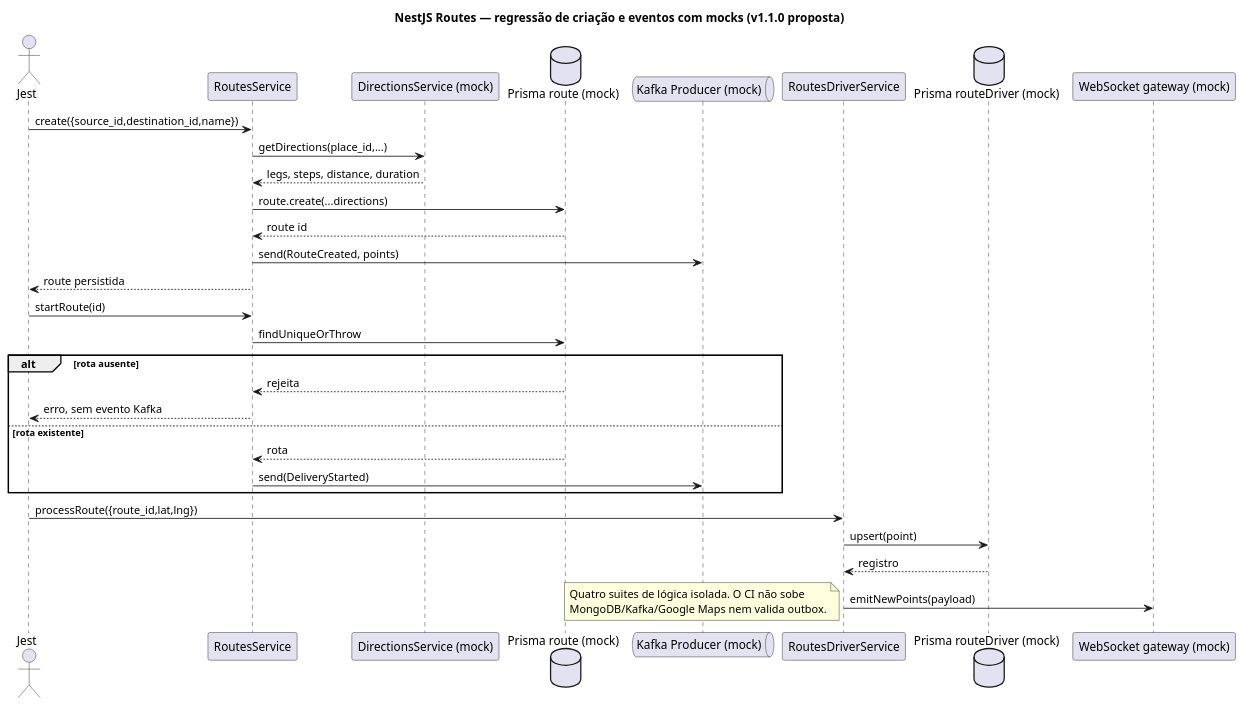
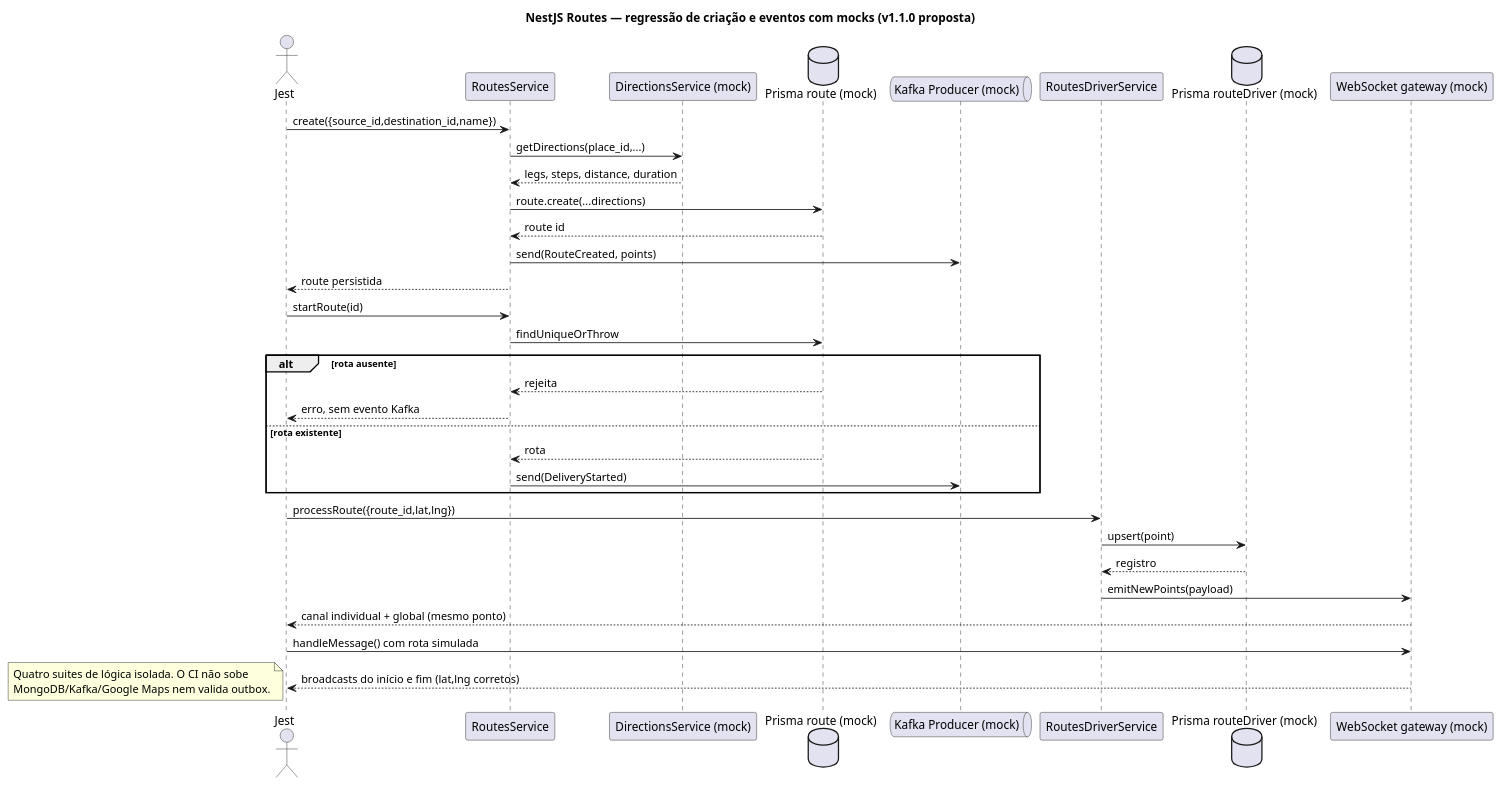
One commit to DanieldeAlmeida2024/nestjs-api changed the diagram in docs/uml/04_testes_dominio_rotas.puml. Above: the diagram before and after it, drawn with PlantUML. The commit also changed 6 other files, not shown here.

```diff
--- a/docs/uml/04_testes_dominio_rotas.puml
+++ b/docs/uml/04_testes_dominio_rotas.puml
@@ -1,35 +1,38 @@
 @startuml
 title NestJS Routes — regressão de criação e eventos com mocks (v1.1.0 proposta)
 actor "Jest" as Test
 participant "RoutesService" as Routes
 participant "DirectionsService (mock)" as Maps
 database "Prisma route (mock)" as Prisma
 queue "Kafka Producer (mock)" as Kafka
 participant "RoutesDriverService" as Driver
 database "Prisma routeDriver (mock)" as RouteDriver
 participant "WebSocket gateway (mock)" as Gateway
 Test -> Routes : create({source_id,destination_id,name})
 Routes -> Maps : getDirections(place_id,...)
 Maps --> Routes : legs, steps, distance, duration
 Routes -> Prisma : route.create(...directions)
 Prisma --> Routes : route id
 Routes -> Kafka : send(RouteCreated, points)
 Routes --> Test : route persistida
 Test -> Routes : startRoute(id)
 Routes -> Prisma : findUniqueOrThrow
 alt rota ausente
  Prisma --> Routes : rejeita
  Routes --> Test : erro, sem evento Kafka
 else rota existente
  Prisma --> Routes : rota
  Routes -> Kafka : send(DeliveryStarted)
 end
 Test -> Driver : processRoute({route_id,lat,lng})
 Driver -> RouteDriver : upsert(point)
 RouteDriver --> Driver : registro
 Driver -> Gateway : emitNewPoints(payload)
+Gateway --> Test : canal individual + global (mesmo ponto)
+Test -> Gateway : handleMessage() com rota simulada
+Gateway --> Test : broadcasts do início e fim (lat,lng corretos)
 note bottom
 Quatro suites de lógica isolada. O CI não sobe
 MongoDB/Kafka/Google Maps nem valida outbox.
 end note
 @enduml
```
